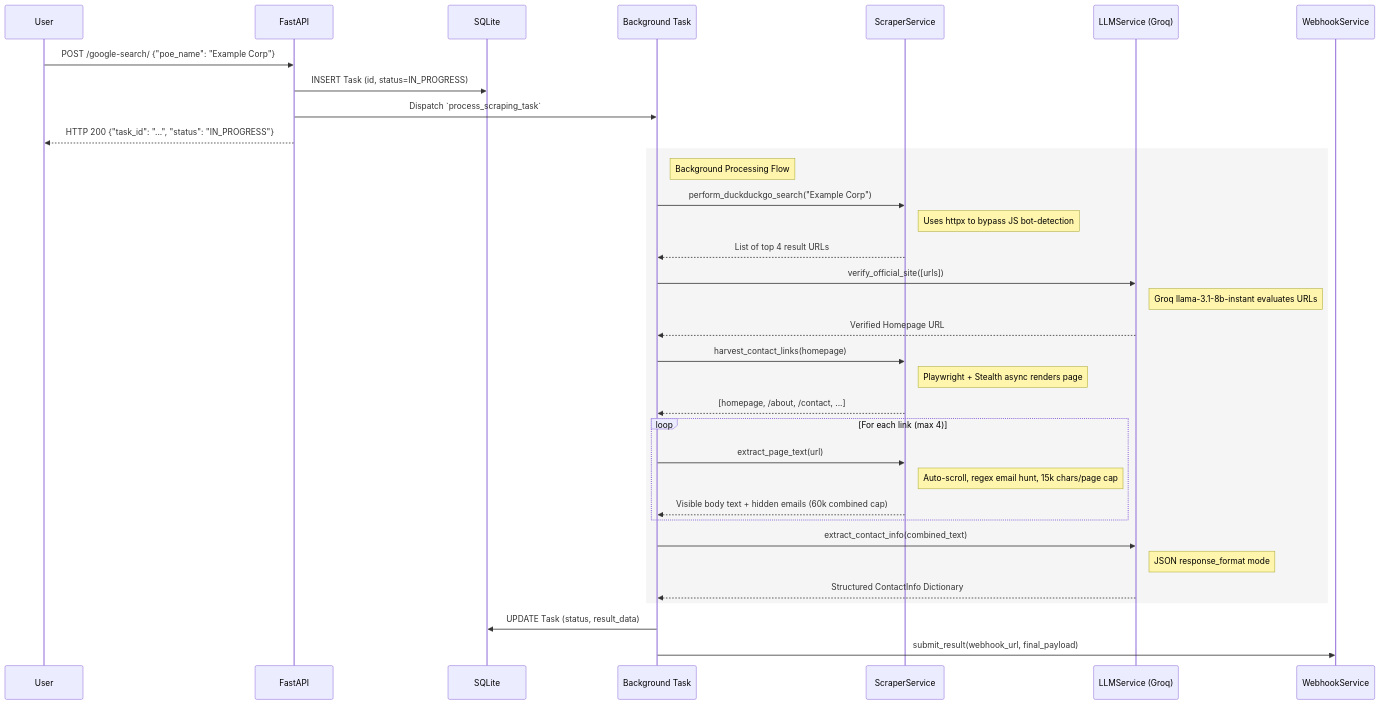
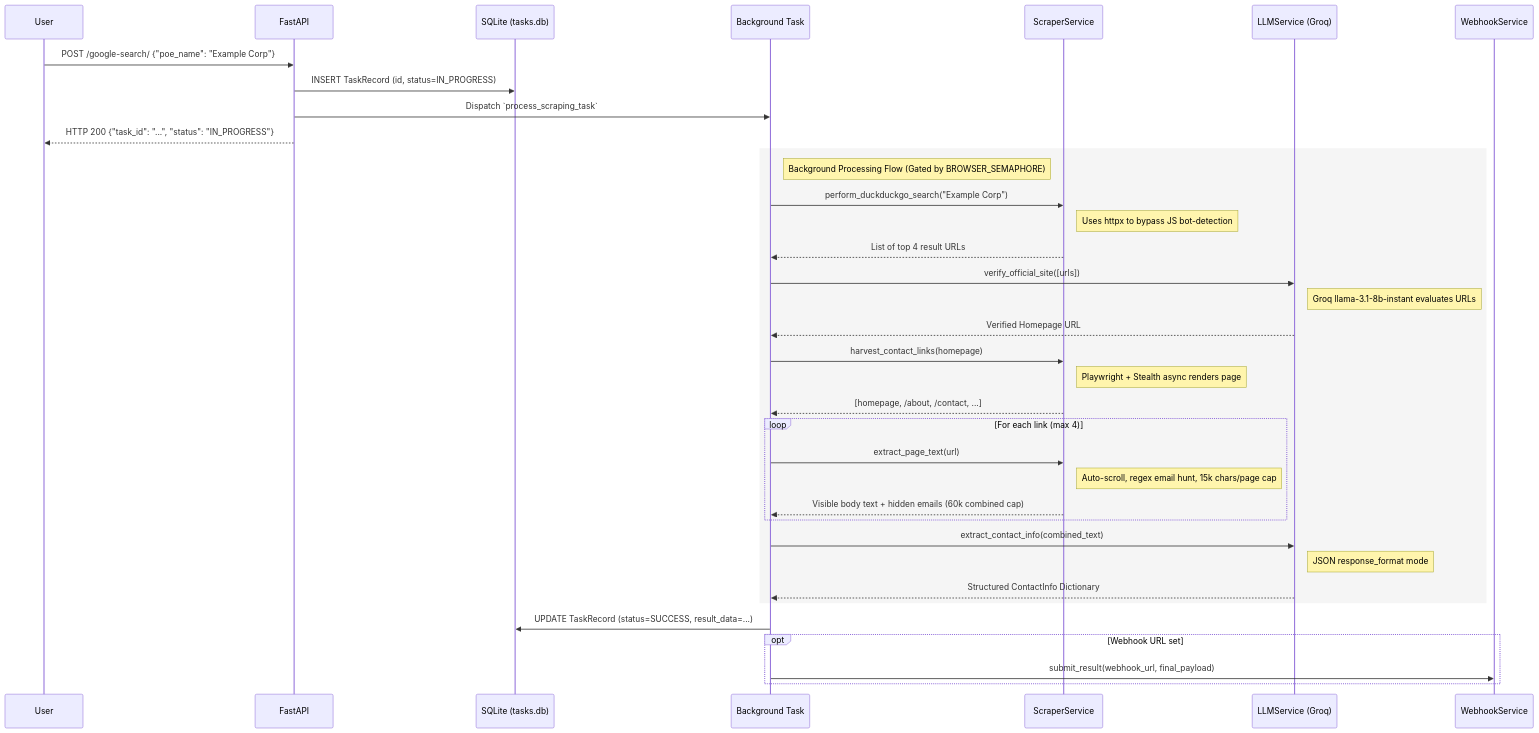
The second of 2 diagrams in ARCHITECTURE.md (ryyhan/scraper), drawn with Mermaid before and after one commit. The commit also changed other lines of this file and 12 other files, not shown here.

Commit message:
docs: add comprehensive project documentation and architecture index

````diff
--- a/ARCHITECTURE.md
+++ b/ARCHITECTURE.md
@@ -68,44 +73,46 @@
 ```mermaid
 sequenceDiagram
     participant User
     participant App as FastAPI
-    participant DB as SQLite
+    participant DB as SQLite (tasks.db)
     participant Worker as Background Task
     participant Scraper as ScraperService
     participant LLM as LLMService (Groq)
     participant Webhook as WebhookService
 
     User->>App: POST /google-search/ {"poe_name": "Example Corp"}
-    App->>DB: INSERT Task (id, status=IN_PROGRESS)
+    App->>DB: INSERT TaskRecord (id, status=IN_PROGRESS)
     App->>Worker: Dispatch `process_scraping_task`
     App-->>User: HTTP 200 {"task_id": "...", "status": "IN_PROGRESS"}
     
     rect rgb(245, 245, 245)
-        Note right of Worker: Background Processing Flow
+        Note right of Worker: Background Processing Flow (Gated by BROWSER_SEMAPHORE)
         
         Worker->>Scraper: perform_duckduckgo_search("Example Corp")
         Note right of Scraper: Uses httpx to bypass JS bot-detection
         Scraper-->>Worker: List of top 4 result URLs
         
         Worker->>LLM: verify_official_site([urls])
         Note right of LLM: Groq llama-3.1-8b-instant evaluates URLs
         LLM-->>Worker: Verified Homepage URL
         
         Worker->>Scraper: harvest_contact_links(homepage)
         Note right of Scraper: Playwright + Stealth async renders page
         Scraper-->>Worker: [homepage, /about, /contact, ...]
         
         loop For each link (max 4)
             Worker->>Scraper: extract_page_text(url)
             Note right of Scraper: Auto-scroll, regex email hunt, 15k chars/page cap
             Scraper-->>Worker: Visible body text + hidden emails (60k combined cap)
         end
         
         Worker->>LLM: extract_contact_info(combined_text)
         Note right of LLM: JSON response_format mode
         LLM-->>Worker: Structured ContactInfo Dictionary
     end
     
-    Worker->>DB: UPDATE Task (status, result_data)
-    Worker->>Webhook: submit_result(webhook_url, final_payload)
+    Worker->>DB: UPDATE TaskRecord (status=SUCCESS, result_data=...)
+    opt Webhook URL set
+        Worker->>Webhook: submit_result(webhook_url, final_payload)
+    end
 ```
````
